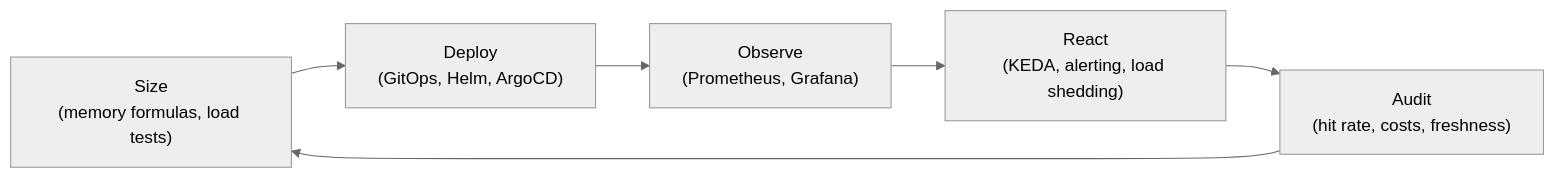
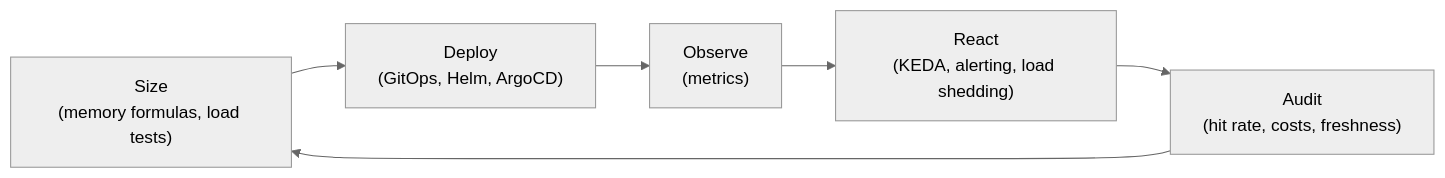
The eighth of 8 diagrams in docs/explain/kv-cache.md (ADORSYS-GIS/Custom-Ai-Ops), drawn with Mermaid (neutral theme) before and after one commit. The commit also changed other lines of this file and 111 other files, not shown here.

````diff
--- a/docs/explain/kv-cache.md
+++ b/docs/explain/kv-cache.md
@@ -531,8 +530,8 @@
 ```mermaid
 flowchart LR
     A["Size\n(memory formulas, load tests)"] --> B["Deploy\n(GitOps, Helm, ArgoCD)"]
-    B --> C["Observe\n(Prometheus, Grafana)"]
+    B --> C["Observe\n(metrics)"]
     C --> D["React\n(KEDA, alerting, load shedding)"]
     D --> E["Audit\n(hit rate, costs, freshness)"]
     E --> A
 ```
````
